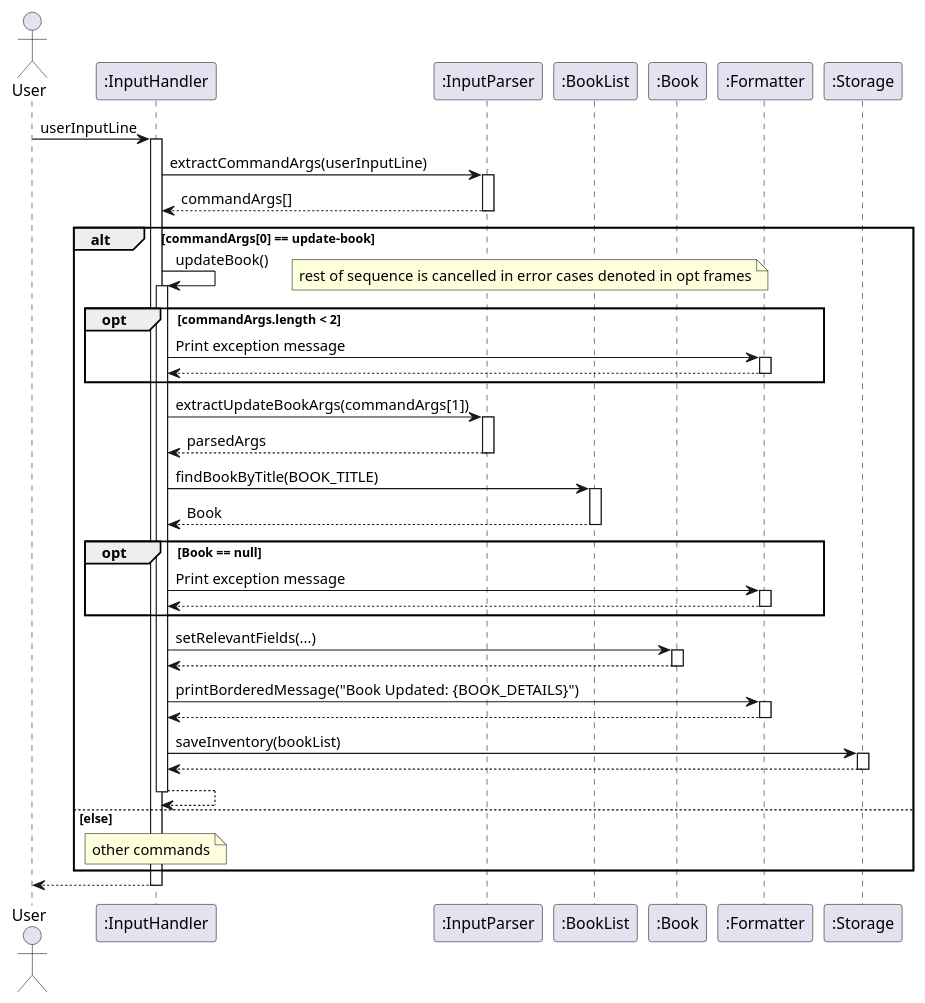
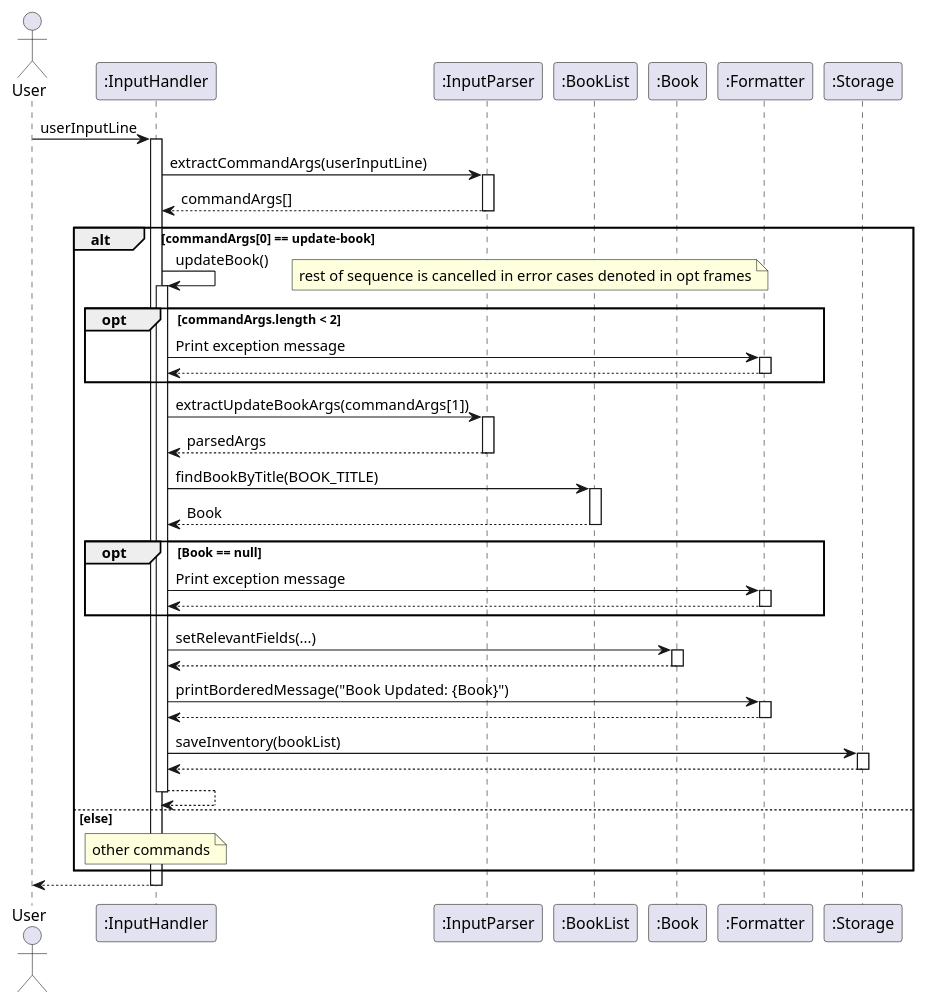
Before and after one commit to AY2425S2-CS2113-T12-2/tp: the diagram in docs/diagrams/updateBook.puml, drawn with PlantUML. The commit also changed 1 other file, not shown here.

Commit message:
edit updatebook sequence diagram typo

```diff
--- a/docs/diagrams/updateBook.puml
+++ b/docs/diagrams/updateBook.puml
@@ -1,77 +1,77 @@
 @startuml
 actor User
 participant InputHandler as ":InputHandler"
 participant InputParser as ":InputParser"
 participant BookList as ":BookList"
 participant Book as ":Book"
 participant Formatter as ":Formatter"
 participant Storage as ":Storage"
 
 User -> InputHandler: userInputLine
 activate InputHandler
 
 InputHandler -> InputParser: extractCommandArgs(userInputLine)
 activate InputParser
 
 InputParser --> InputHandler: commandArgs[]
 deactivate InputParser
 
 alt commandArgs[0] == update-book
     InputHandler -> InputHandler : updateBook()
     activate InputHandler
 
     opt commandArgs.length < 2
         note right
         rest of sequence is cancelled in error cases denoted in opt frames
         end note
         InputHandler -> Formatter: Print exception message
         activate Formatter
         Formatter --> InputHandler
         deactivate Formatter
     end
 
     InputHandler -> InputParser: extractUpdateBookArgs(commandArgs[1])
     activate InputParser
 
     InputParser --> InputHandler: parsedArgs
     deactivate InputParser
 
     InputHandler -> BookList: findBookByTitle(BOOK_TITLE)
     activate BookList
 
     BookList --> InputHandler: Book
     deactivate BookList
 
     opt Book == null
         InputHandler -> Formatter: Print exception message
         activate Formatter
         Formatter --> InputHandler
         deactivate Formatter
     end
     InputHandler -> Book : setRelevantFields(...)
     activate Book
     Book --> InputHandler
     deactivate Book
 
-    InputHandler -> Formatter: printBorderedMessage("Book Updated: {BOOK_DETAILS}")
+    InputHandler -> Formatter: printBorderedMessage("Book Updated: {Book}")
     activate Formatter
 
     Formatter --> InputHandler
     deactivate Formatter
 
     InputHandler -> Storage: saveInventory(bookList)
     activate Storage
 
     Storage --> InputHandler
     deactivate Storage
 
 InputHandler --> InputHandler
 deactivate InputHandler
 
 else else
     note over InputHandler : other commands
 end
 
 InputHandler --> User
 deactivate InputHandler
 @enduml
```
